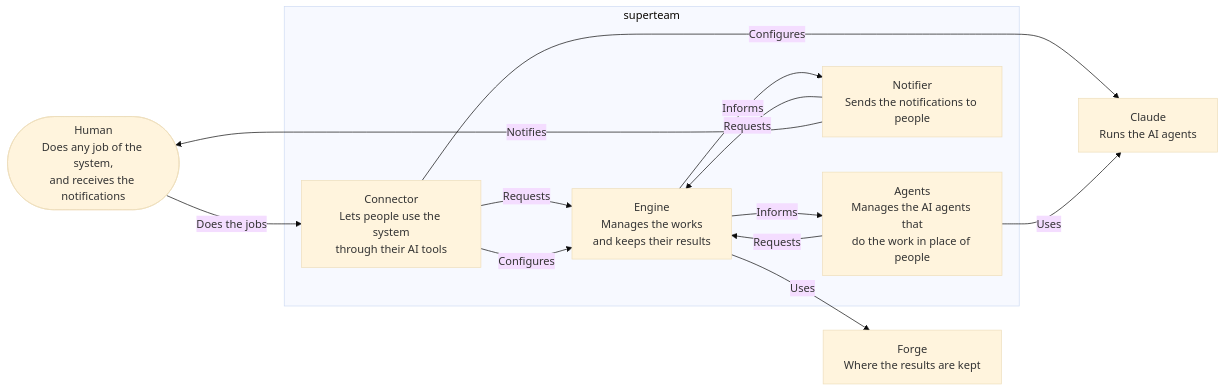
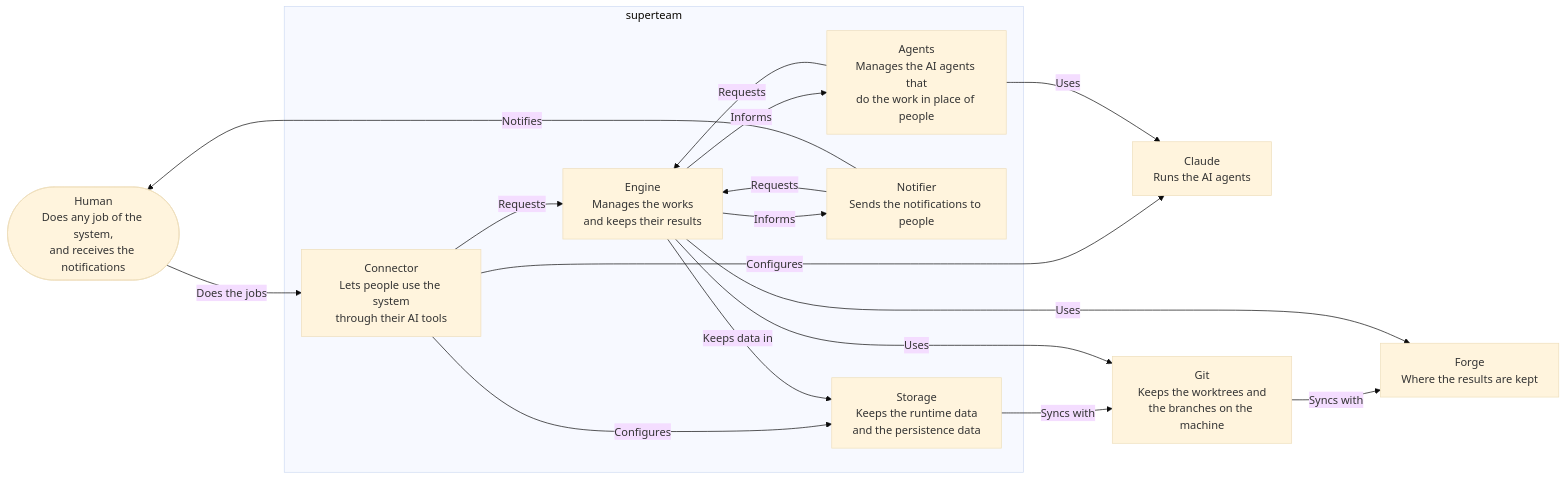
Before and after one commit to longlh/superteam: the second of 2 diagrams in docs/architecture.md, drawn with Mermaid (base theme). The commit also changed other lines of this file, not shown here.

First line of the commit message:
Add the storage container and the git system to the container level

````diff
--- a/docs/architecture.md
+++ b/docs/architecture.md
@@ -78,26 +80,32 @@
 ```mermaid
 flowchart LR
     human(["Human<br/>Does any job of the system,<br/>and receives the notifications"])
 
     subgraph superteam["superteam"]
         connect["Connector<br/>Lets people use the system<br/>through their AI tools"]
         engine["Engine<br/>Manages the works<br/>and keeps their results"]
         agents["Agents<br/>Manages the AI agents that<br/>do the work in place of people"]
         notifier["Notifier<br/>Sends the notifications to people"]
+        storage["Storage<br/>Keeps the runtime data<br/>and the persistence data"]
     end
 
     claude["Claude<br/>Runs the AI agents"]
+    git["Git<br/>Keeps the worktrees and<br/>the branches on the machine"]
     forge["Forge<br/>Where the results are kept"]
 
     human -->|Does the jobs| connect
     connect -->|Requests| engine
     connect -->|Configures| claude
-    connect -->|Configures| engine
+    connect -->|Configures| storage
     agents -->|Requests| engine
     engine -->|Informs| agents
     notifier -->|Requests| engine
     engine -->|Informs| notifier
+    engine -->|Keeps data in| storage
+    storage -->|Syncs with| git
+    git -->|Syncs with| forge
     notifier -->|Notifies| human
     agents -->|Uses| claude
     engine -->|Uses| forge
+    engine -->|Uses| git
 ```
````
